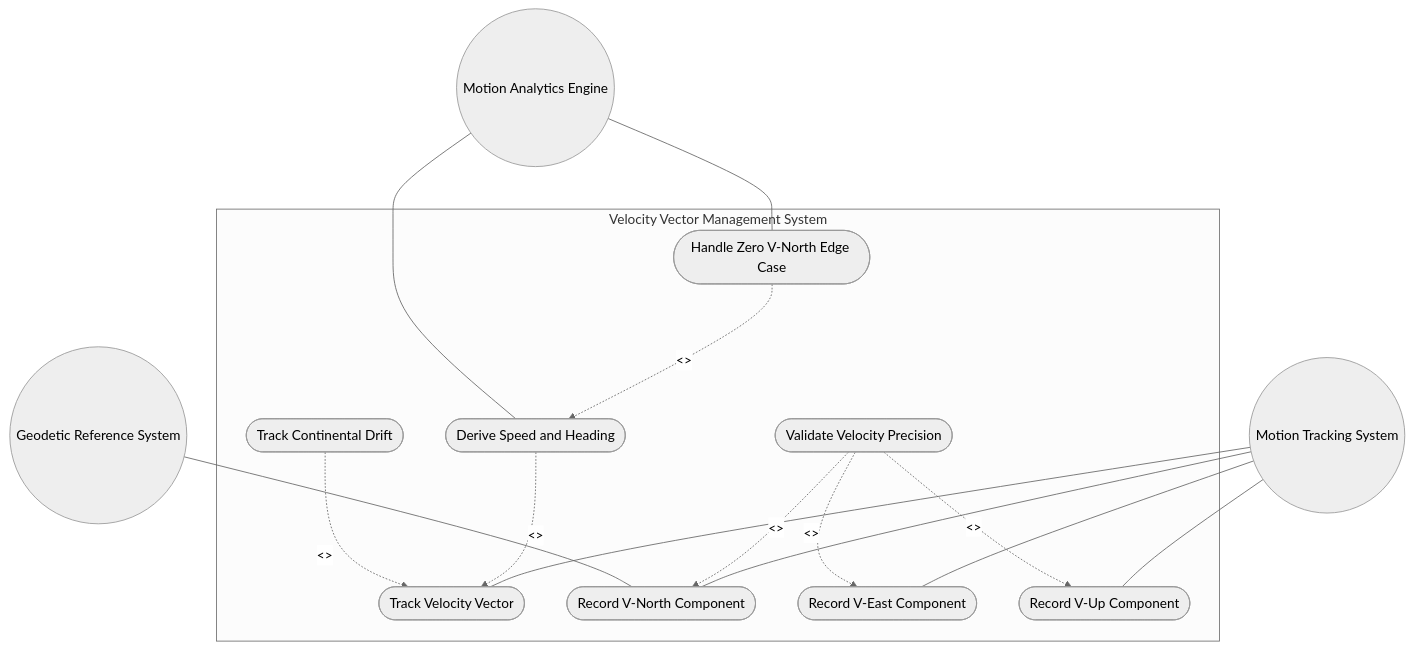
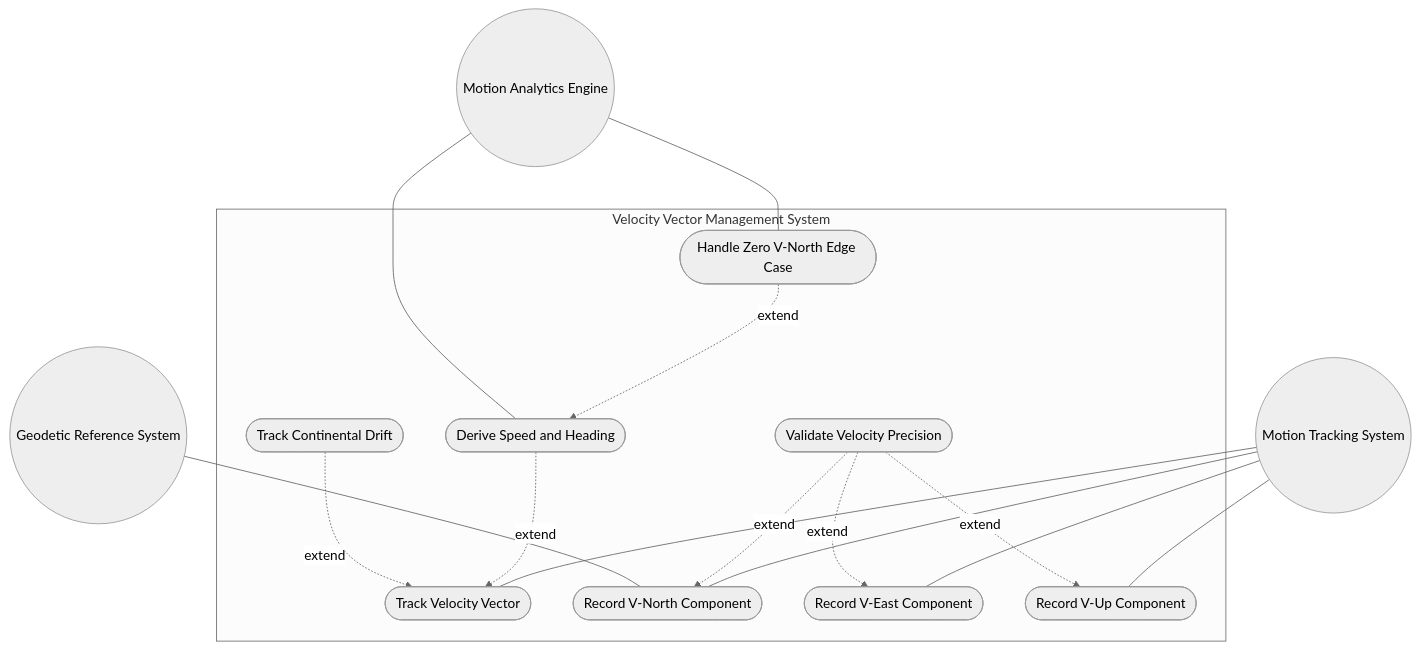
The first of 2 diagrams in docs/use-cases/uc-10-velocity-vector-management.md (gintatkinson/3dgs-030), drawn with Mermaid (neutral theme) before and after one commit. The commit also changed 17 other files, not shown here.

Commit message:
docs: fix Mermaid UML rendering in all 18 use cases -- remove <<include>>/<<extend>> angle brackets causing GitHub renderer failure

````diff
--- a/docs/use-cases/uc-10-velocity-vector-management.md
+++ b/docs/use-cases/uc-10-velocity-vector-management.md
@@ -101,26 +101,26 @@
 ```mermaid
 graph TD
     subgraph System["Velocity Vector Management System"]
         UC01([Track Velocity Vector])
         UC02([Record V-North Component])
         UC03([Record V-East Component])
         UC04([Record V-Up Component])
         UC05([Validate Velocity Precision])
         UC06([Derive Speed and Heading])
         UC07([Handle Zero V-North Edge Case])
         UC08([Track Continental Drift])
     end
     Tracker((Motion Tracking System)) --- UC01
     Tracker --- UC02
     Tracker --- UC03
     Tracker --- UC04
-    UC05 -. "<<extend>>" .-> UC02
-    UC05 -. "<<extend>>" .-> UC03
-    UC05 -. "<<extend>>" .-> UC04
-    UC06 -. "<<extend>>" .-> UC01
-    UC07 -. "<<extend>>" .-> UC06
-    UC08 -. "<<extend>>" .-> UC01
+    UC05 -. "extend" .-> UC02
+    UC05 -. "extend" .-> UC03
+    UC05 -. "extend" .-> UC04
+    UC06 -. "extend" .-> UC01
+    UC07 -. "extend" .-> UC06
+    UC08 -. "extend" .-> UC01
     Analytics((Motion Analytics Engine)) --- UC06
     Analytics --- UC07
     Geodetic((Geodetic Reference System)) --- UC02
 ```
````
